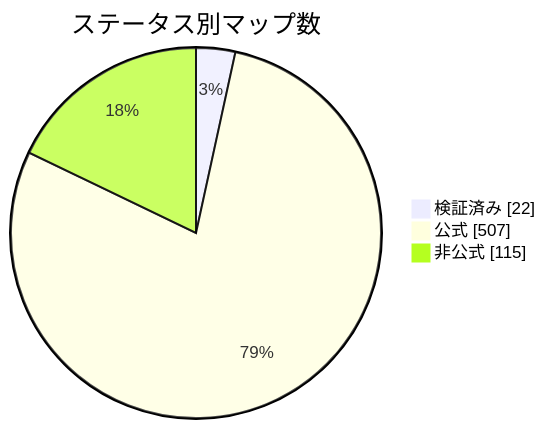
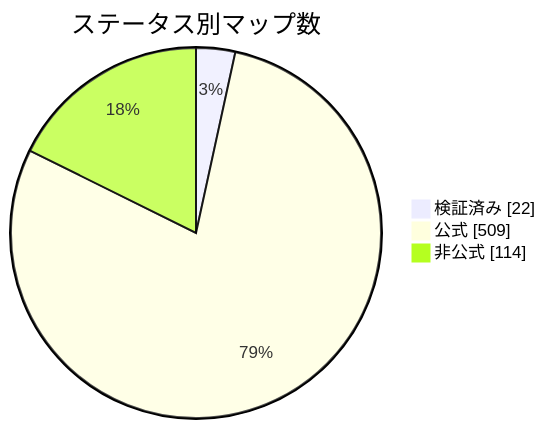
Before and after one commit to nobrega8/mbmap-library: the diagram in docs/readme/README_JP.md, drawn with Mermaid. The commit also changed 7 other files, not shown here.

````diff
--- a/docs/readme/README_JP.md
+++ b/docs/readme/README_JP.md
@@ -54,7 +54,7 @@
 ```mermaid
 pie showData
     title ステータス別マップ数
     "検証済み" : 22
-    "公式" : 507
-    "非公式" : 115
+    "公式" : 509
+    "非公式" : 114
 ```
````
